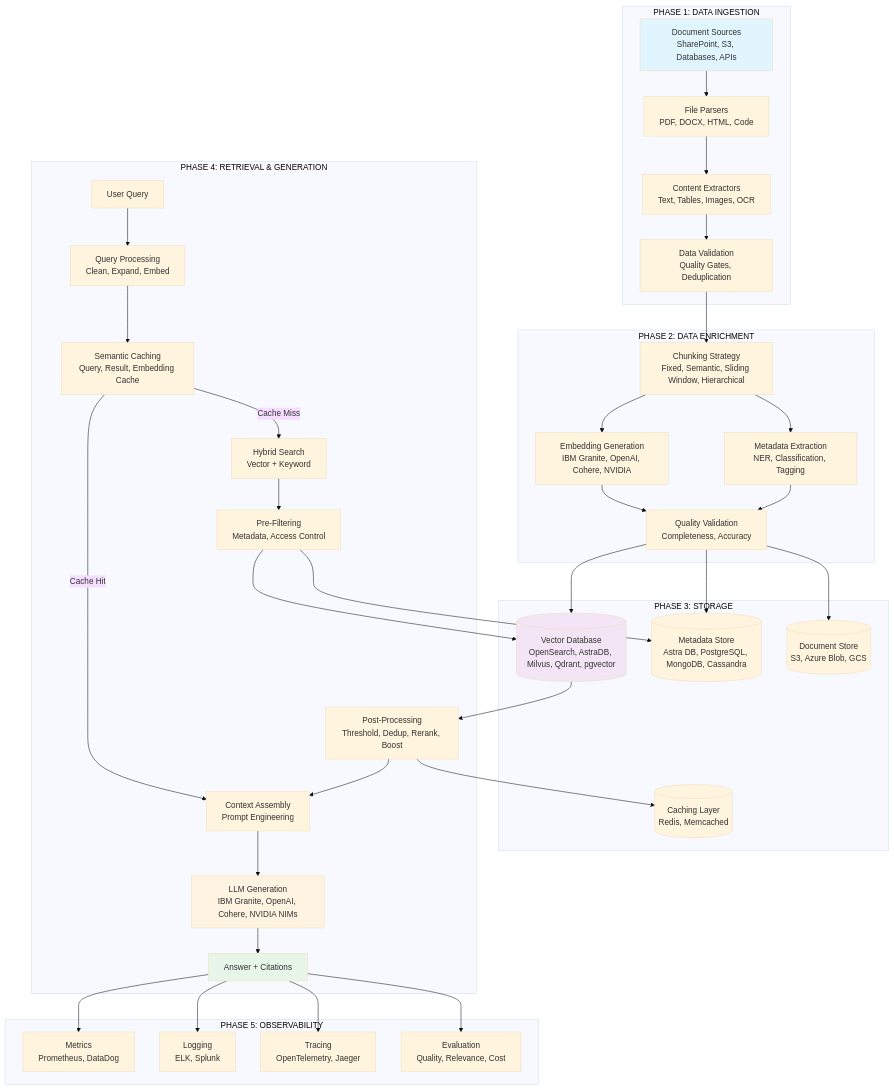
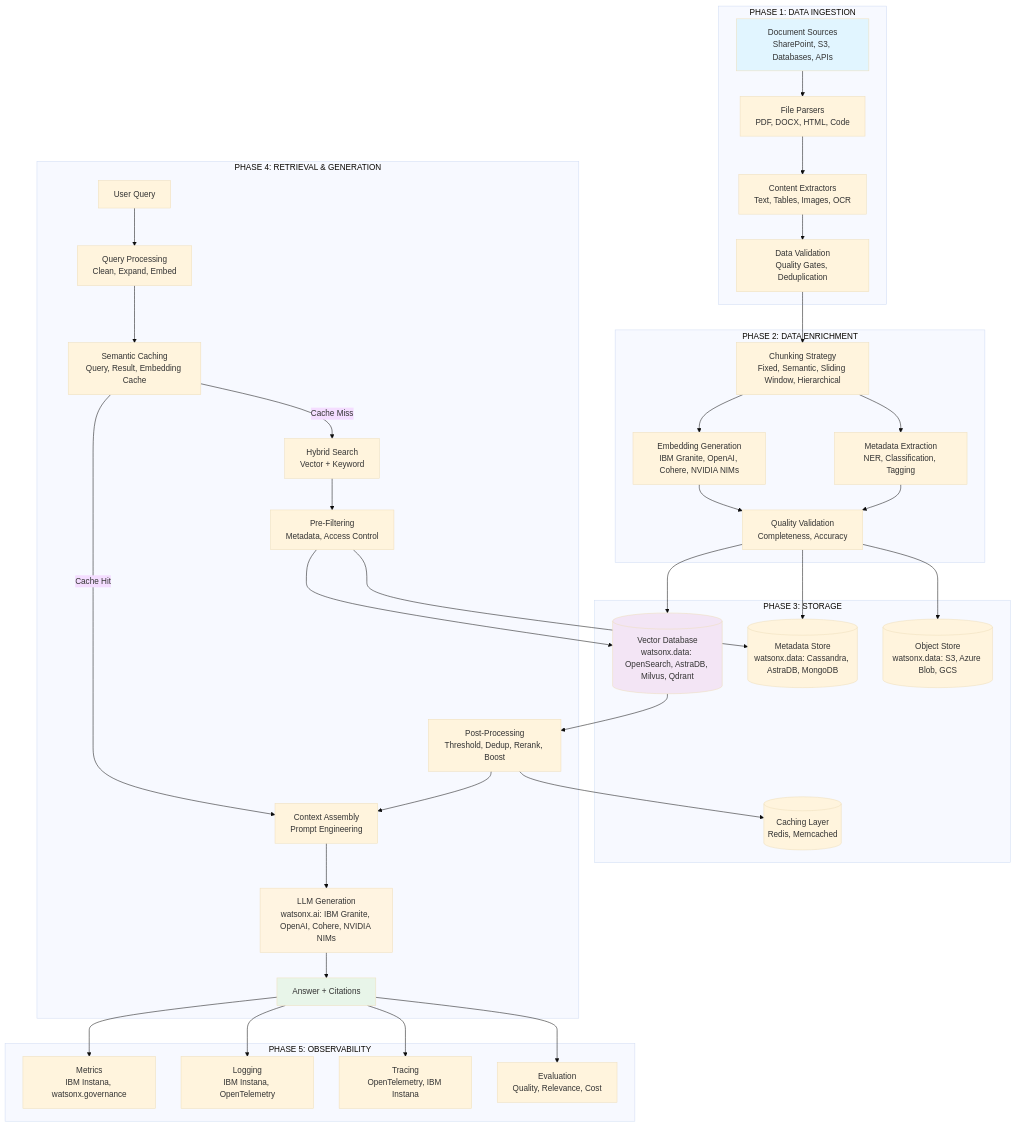
Before and after one commit to pravinbhat/pravinbhat.github.io: the first of 6 diagrams in Enterprise_RAG_Architecture_Guide.md, drawn with Mermaid (base theme). The commit also changed other lines of this file, not shown here.

Commit message:
Updated diagrams to use terms consistent with docs

````diff
--- a/Enterprise_RAG_Architecture_Guide.md
+++ b/Enterprise_RAG_Architecture_Guide.md
@@ -129,79 +129,79 @@
 ```mermaid
 graph TB
     subgraph "PHASE 1: DATA INGESTION"
         Sources[Document Sources<br/>SharePoint, S3, Databases, APIs]
         Parsers[File Parsers<br/>PDF, DOCX, HTML, Code]
         Extractors[Content Extractors<br/>Text, Tables, Images, OCR]
         Validation[Data Validation<br/>Quality Gates, Deduplication]
         
         Sources --> Parsers
         Parsers --> Extractors
         Extractors --> Validation
     end
     
     subgraph "PHASE 2: DATA ENRICHMENT"
         Chunking[Chunking Strategy<br/>Fixed, Semantic, Sliding Window, Hierarchical]
-        Embedding[Embedding Generation<br/>IBM Granite, OpenAI, Cohere, NVIDIA]
+        Embedding[Embedding Generation<br/>IBM Granite, OpenAI, Cohere, NVIDIA NIMs]
         Metadata[Metadata Extraction<br/>NER, Classification, Tagging]
         QualityCheck[Quality Validation<br/>Completeness, Accuracy]
         
         Validation --> Chunking
         Chunking --> Embedding
         Chunking --> Metadata
         Embedding --> QualityCheck
         Metadata --> QualityCheck
     end
     
     subgraph "PHASE 3: STORAGE"
-        VectorDB[(Vector Database<br/>OpenSearch, AstraDB, Milvus, Qdrant, pgvector)]
-        MetadataDB[(Metadata Store<br/>Astra DB, PostgreSQL, MongoDB, Cassandra)]
-        DocStore[(Document Store<br/>S3, Azure Blob, GCS)]
+        VectorDB[(Vector Database<br/>watsonx.data: OpenSearch, AstraDB, Milvus, Qdrant)]
+        MetadataDB[(Metadata Store<br/>watsonx.data: Cassandra, AstraDB, MongoDB)]
+        DocStore[(Object Store<br/>watsonx.data: S3, Azure Blob, GCS)]
         Cache[(Caching Layer<br/>Redis, Memcached)]
         
         QualityCheck --> VectorDB
         QualityCheck --> MetadataDB
         QualityCheck --> DocStore
     end
     
     subgraph "PHASE 4: RETRIEVAL & GENERATION"
         Query[User Query]
         QueryProc[Query Processing<br/>Clean, Expand, Embed]
         HybridSearch[Hybrid Search<br/>Vector + Keyword]
         PreFilter[Pre-Filtering<br/>Metadata, Access Control]
         PostProc[Post-Processing<br/>Threshold, Dedup, Rerank, Boost]
         SemanticCache[Semantic Caching<br/>Query, Result, Embedding Cache]
         Context[Context Assembly<br/>Prompt Engineering]
-        LLM[LLM Generation<br/>IBM Granite, OpenAI, Cohere, NVIDIA NIMs]
+        LLM[LLM Generation<br/>watsonx.ai: IBM Granite, OpenAI, Cohere, NVIDIA NIMs]
         Response[Answer + Citations]
         
         Query --> QueryProc
         QueryProc --> SemanticCache
         SemanticCache -->|Cache Miss| HybridSearch
         SemanticCache -->|Cache Hit| Context
         HybridSearch --> PreFilter
         PreFilter --> VectorDB
         PreFilter --> MetadataDB
         VectorDB --> PostProc
         PostProc --> Context
         Context --> LLM
         LLM --> Response
         PostProc --> Cache
     end
     
     subgraph "PHASE 5: OBSERVABILITY"
-        Metrics[Metrics<br/>Prometheus, DataDog]
-        Logging[Logging<br/>ELK, Splunk]
-        Tracing[Tracing<br/>OpenTelemetry, Jaeger]
+        Metrics[Metrics<br/>IBM Instana, watsonx.governance]
+        Logging[Logging<br/>IBM Instana, OpenTelemetry]
+        Tracing[Tracing<br/>OpenTelemetry, IBM Instana]
         Evaluation[Evaluation<br/>Quality, Relevance, Cost]
         
         Response --> Metrics
         Response --> Logging
         Response --> Tracing
         Response --> Evaluation
     end
     
     style Sources fill:#e1f5ff
     style VectorDB fill:#f3e5f5
     style LLM fill:#fff4e1
     style Response fill:#e8f5e9
 ```
````
